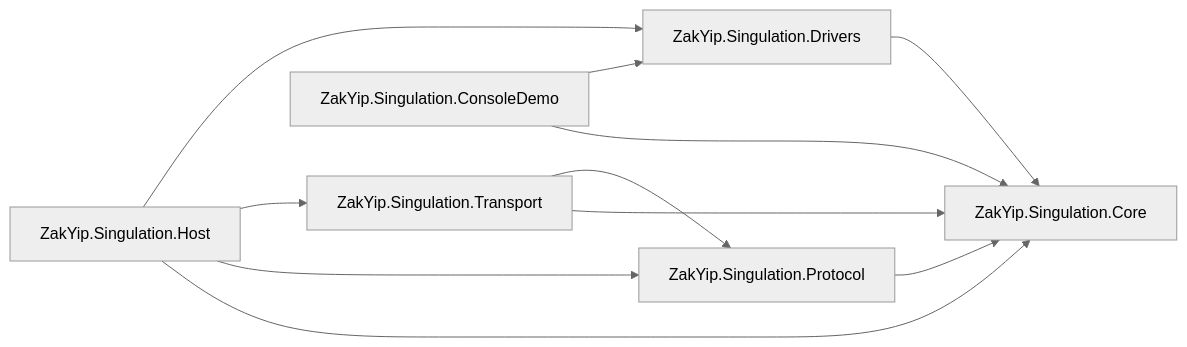
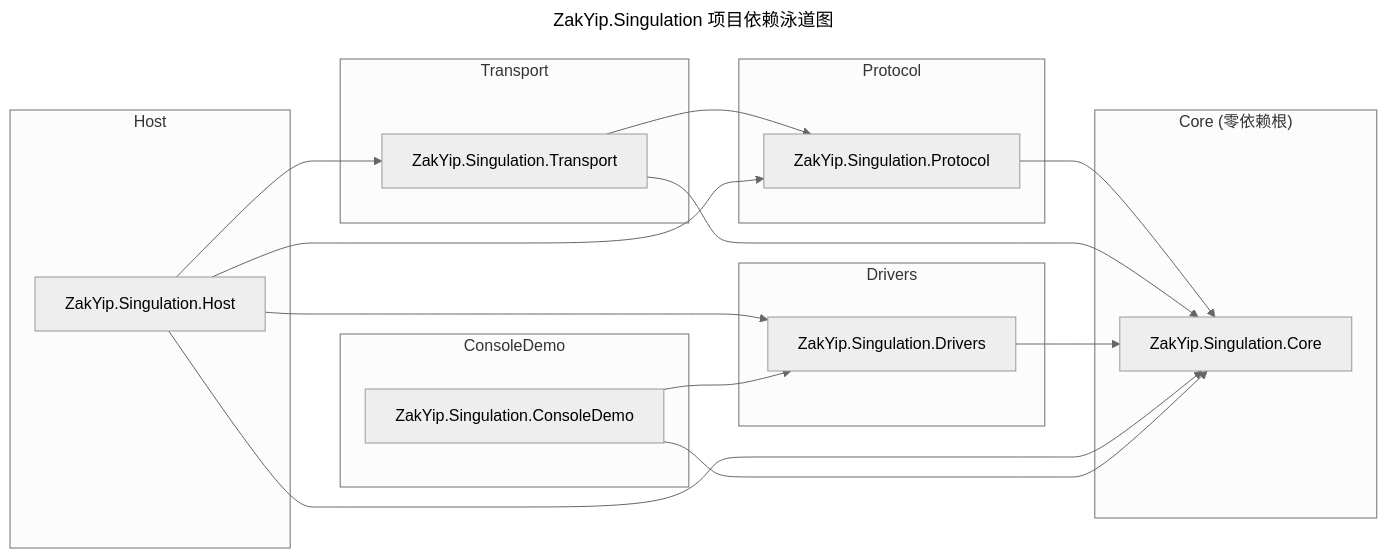
The diagram in README.md (Hisoka6602/ZakYip.Singulation), drawn with Mermaid (neutral theme) before and after one commit.

````diff
--- a/README.md
+++ b/README.md
@@ -62,23 +62,45 @@
 ```mermaid
-graph LR
-  Core["ZakYip.Singulation.Core"]
-  Protocol["ZakYip.Singulation.Protocol"]
-  Transport["ZakYip.Singulation.Transport"]
-  Drivers["ZakYip.Singulation.Drivers"]
-  Host["ZakYip.Singulation.Host"]
-  Demo["ZakYip.Singulation.ConsoleDemo"]
+---
+title: ZakYip.Singulation 项目依赖泳道图
+---
 
-  Protocol --> Core
-  Transport --> Core
-  Transport --> Protocol
-  Drivers --> Core
-  Host --> Core
-  Host --> Protocol
-  Host --> Transport
-  Host --> Drivers
-  Demo --> Core
-  Demo --> Drivers
+%% Mermaid Swimlane
+%% 各层作为泳道，箭头表示依赖方向
+flowchart LR
+    subgraph Core["Core (零依赖根)"]
+        C1["ZakYip.Singulation.Core"]
+    end
 
+    subgraph Protocol["Protocol"]
+        P1["ZakYip.Singulation.Protocol"]
+    end
 
+    subgraph Transport["Transport"]
+        T1["ZakYip.Singulation.Transport"]
+    end
+
+    subgraph Drivers["Drivers"]
+        D1["ZakYip.Singulation.Drivers"]
+    end
+
+    subgraph Host["Host"]
+        H1["ZakYip.Singulation.Host"]
+    end
+
+    subgraph ConsoleDemo["ConsoleDemo"]
+        DEMO["ZakYip.Singulation.ConsoleDemo"]
+    end
+
+    %% 依赖关系
+    P1 --> C1
+    T1 --> C1
+    T1 --> P1
+    D1 --> C1
+    H1 --> C1
+    H1 --> P1
+    H1 --> T1
+    H1 --> D1
+    DEMO --> C1
+    DEMO --> D1
 
 ```
````
